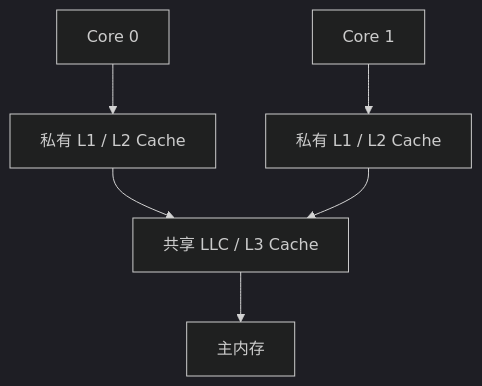
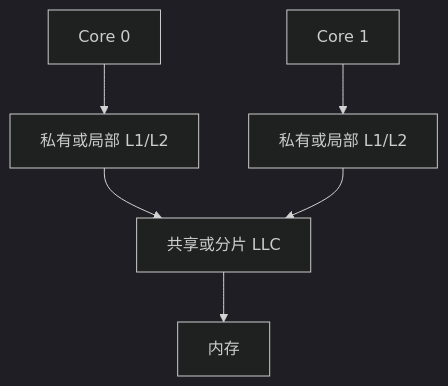
One commit to Fizgrad/fizgrad.github.io changed diagram 24 of 36 in blog/os_review.md. Above: the diagram before and after it, drawn with Mermaid (dark theme). The commit also changed other lines of this file and 1 other file, not shown here.

````diff
--- a/blog/os_review.md
+++ b/blog/os_review.md
@@ -3774,8 +3967,8 @@
 ```mermaid
 flowchart TD
-    C0["Core 0"] --> L10["私有 L1 / L2 Cache"]
-    C1["Core 1"] --> L11["私有 L1 / L2 Cache"]
-    L10 --> LLC["共享 LLC / L3 Cache"]
+    C0["Core 0"] --> L10["私有或局部 L1/L2"]
+    C1["Core 1"] --> L11["私有或局部 L1/L2"]
+    L10 --> LLC["共享或分片 LLC"]
     L11 --> LLC
-    LLC --> MEM["主内存"]
+    LLC --> M["内存"]
 ```
````
